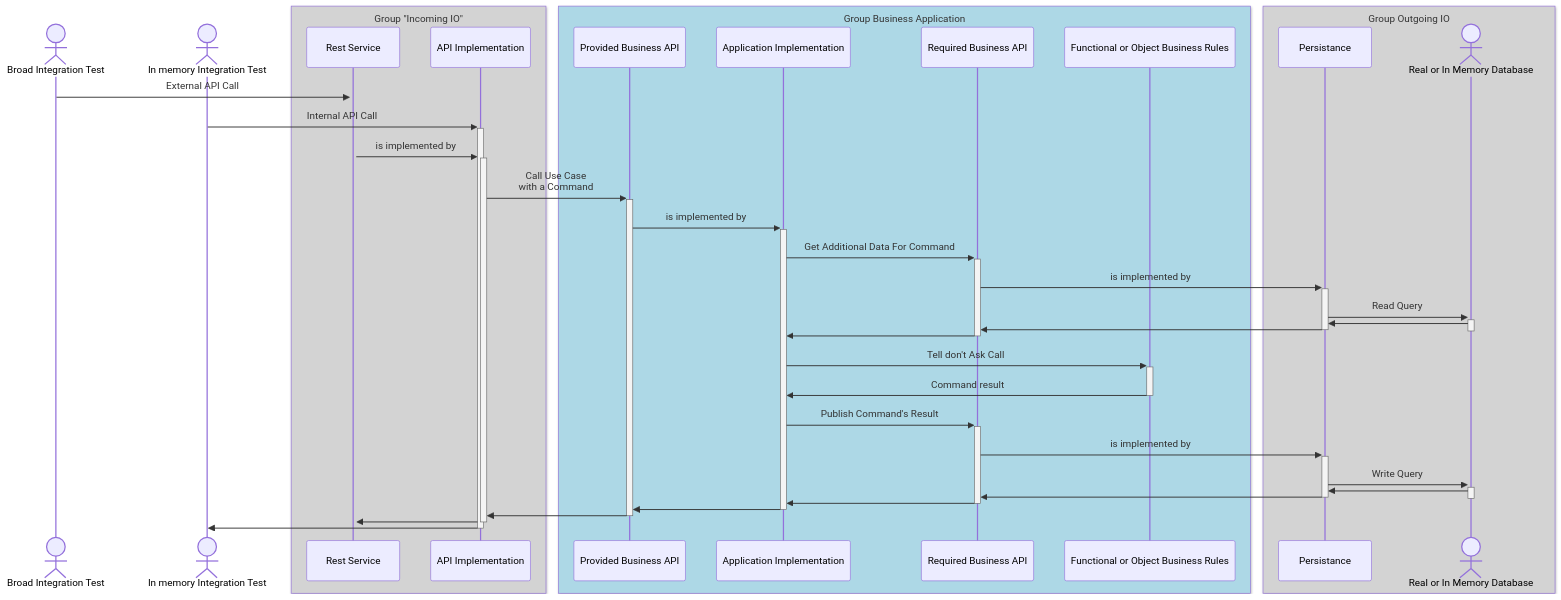
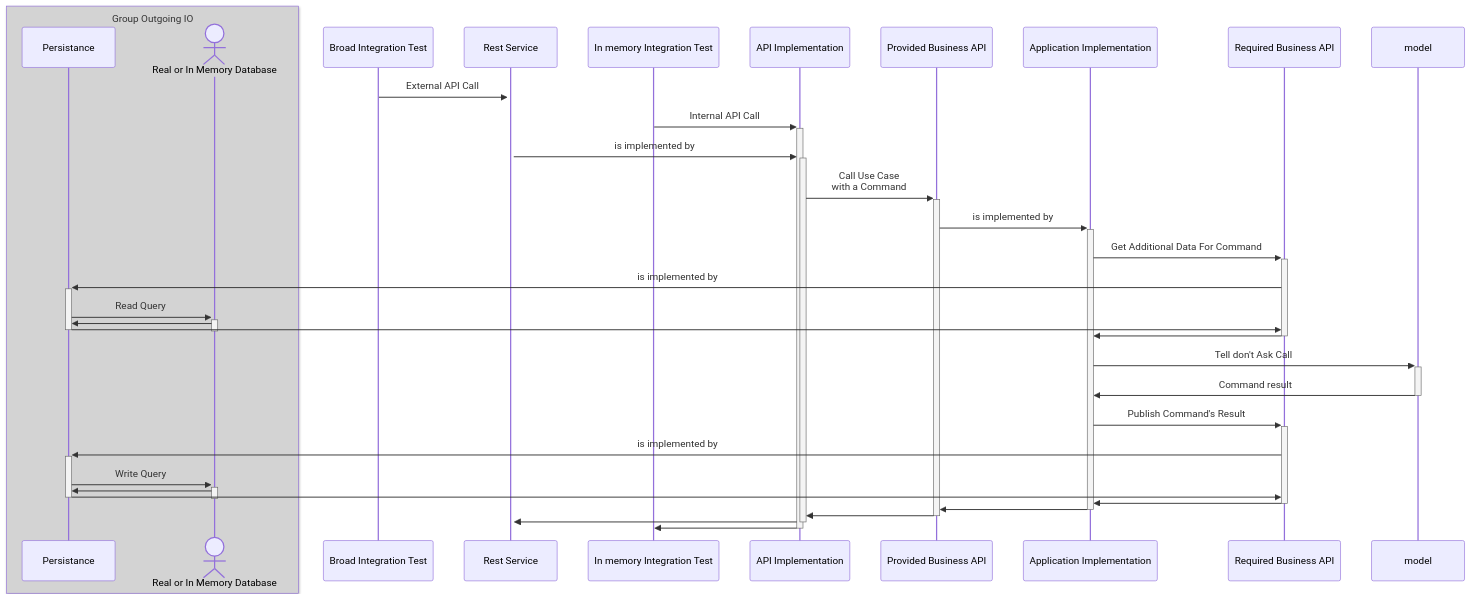
One commit to PermaSoft/permasoft.github.io changed the second of 2 diagrams in 04 Jardins/stratégies de tests.md. Above: the diagram before and after it, drawn with Mermaid. The commit also changed other lines of this file and 1 other file, not shown here.

````diff
--- a/04 Jardins/stratégies de tests.md
+++ b/04 Jardins/stratégies de tests.md
@@ -89,43 +120,31 @@
 ```mermaid
 sequenceDiagram
-	Actor Broad Integration Test
-	Actor In memory Integration Test
-	Box LightGrey Group "Incoming IO"
-	participant Rest Service
-	participant API Implementation
-    end
-    Box LightBlue Group Business Application;
-    participant Provided Business API;
-    participant Application Implementation;
-    participant Required Business API;
-    participant model as Functional or Object Business Rules;
-    end;
     Box LightGrey Group Outgoing IO;
     participant Persistance;
     actor Real or In Memory Database;
     end;
     Broad Integration Test->>+Rest Service: External API Call;
     In memory Integration Test->>+API Implementation: Internal API Call;
     Rest Service->>+API Implementation: is implemented by;
     API Implementation->>+Provided Business API: Call Use Case<br/>with a Command;
     Provided Business API->>+Application Implementation: is implemented by;
     Application Implementation->>+Required Business API: Get Additional Data For Command;
     Required Business API->>+Persistance: is implemented by
     Actor Real or In Memory Database
     Persistance->>+Real or In Memory Database: Read Query
     Real or In Memory Database->>-Persistance:
     Persistance->>-Required Business API:
     Required Business API->>-Application Implementation:
     Application Implementation->>+model: Tell don't Ask Call
     model->>-Application Implementation: Command result
     Application Implementation->>+Required Business API: Publish Command's Result
     Required Business API->>+Persistance: is implemented by
     Persistance->>+Real or In Memory Database: Write Query
     Real or In Memory Database->>-Persistance:
     Persistance->>-Required Business API:
     Required Business API->>-Application Implementation:
     Application Implementation->>-Provided Business API:
     Provided Business API->>-API Implementation:
     API Implementation->>-Rest Service:
     API Implementation->>-In memory Integration Test: 
 ```
````
